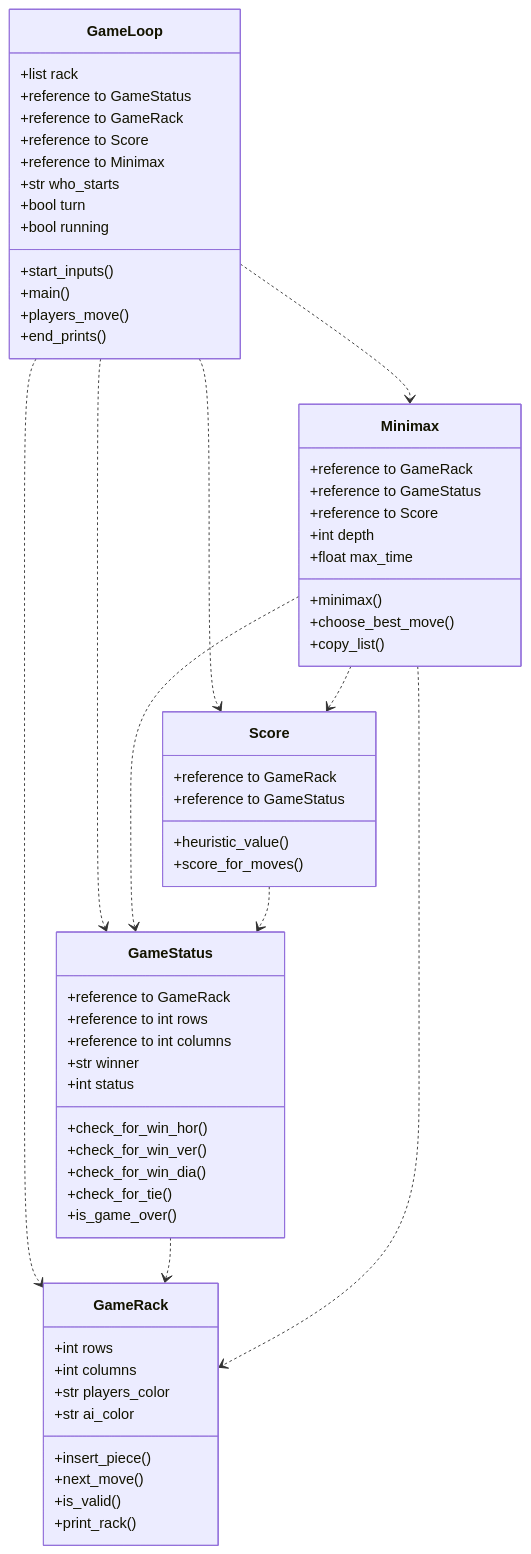
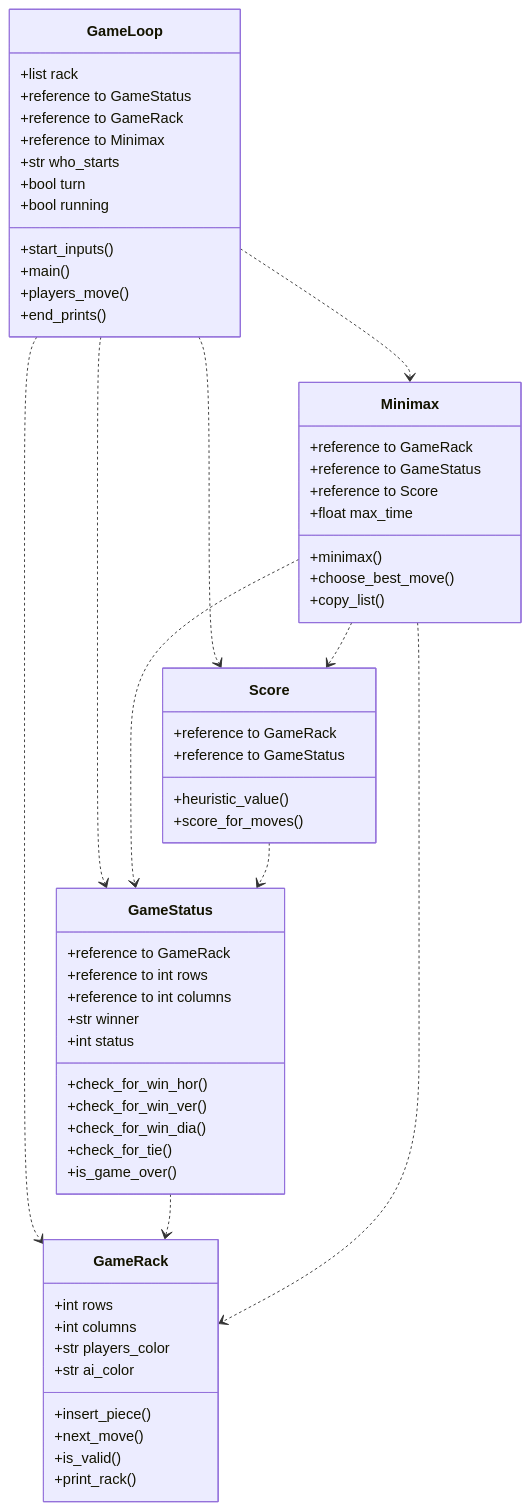
Before and after one commit to lottapispa/Connect-Four-tiralabra: the first of 2 diagrams in documentation/implementation.md, drawn with Mermaid.

````diff
--- a/documentation/implementation.md
+++ b/documentation/implementation.md
@@ -5,64 +5,62 @@
 ```mermaid
 classDiagram
     GameLoop ..> GameStatus
     GameLoop ..> GameRack
     GameLoop ..> Minimax
     GameLoop ..> Score
     GameStatus ..> GameRack
     Minimax ..> GameStatus
     Minimax ..> GameRack
     Minimax ..> Score
     Score ..> GameStatus
     class GameLoop{
         +list rack
         +reference to GameStatus
         +reference to GameRack
-        +reference to Score
         +reference to Minimax
         +str who_starts
         +bool turn
         +bool running
         +start_inputs()
         +main()
         +players_move()
         +end_prints()
     }
     class GameStatus{
         +reference to GameRack
         +reference to int rows
         +reference to int columns
         +str winner
         +int status
         +check_for_win_hor()
         +check_for_win_ver()
         +check_for_win_dia()
         +check_for_tie()
         +is_game_over()
     }
     class GameRack{
         +int rows
         +int columns
         +str players_color
         +str ai_color
         +insert_piece()
         +next_move()
         +is_valid()
         +print_rack()
     }
     class Minimax{
         +reference to GameRack
         +reference to GameStatus
         +reference to Score
-        +int depth
         +float max_time
         +minimax()
         +choose_best_move()
         +copy_list()
     }
     class Score{
         +reference to GameRack
         +reference to GameStatus
         +heuristic_value()
         +score_for_moves()
     }
 ```
````
